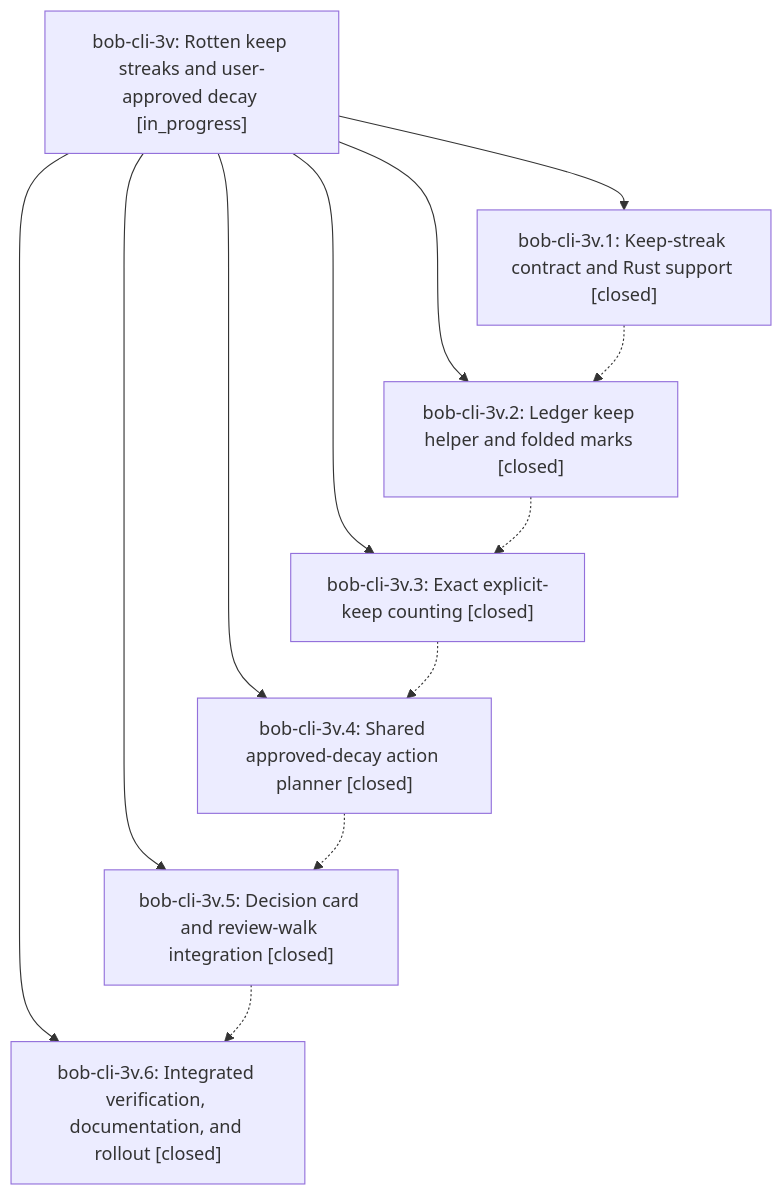
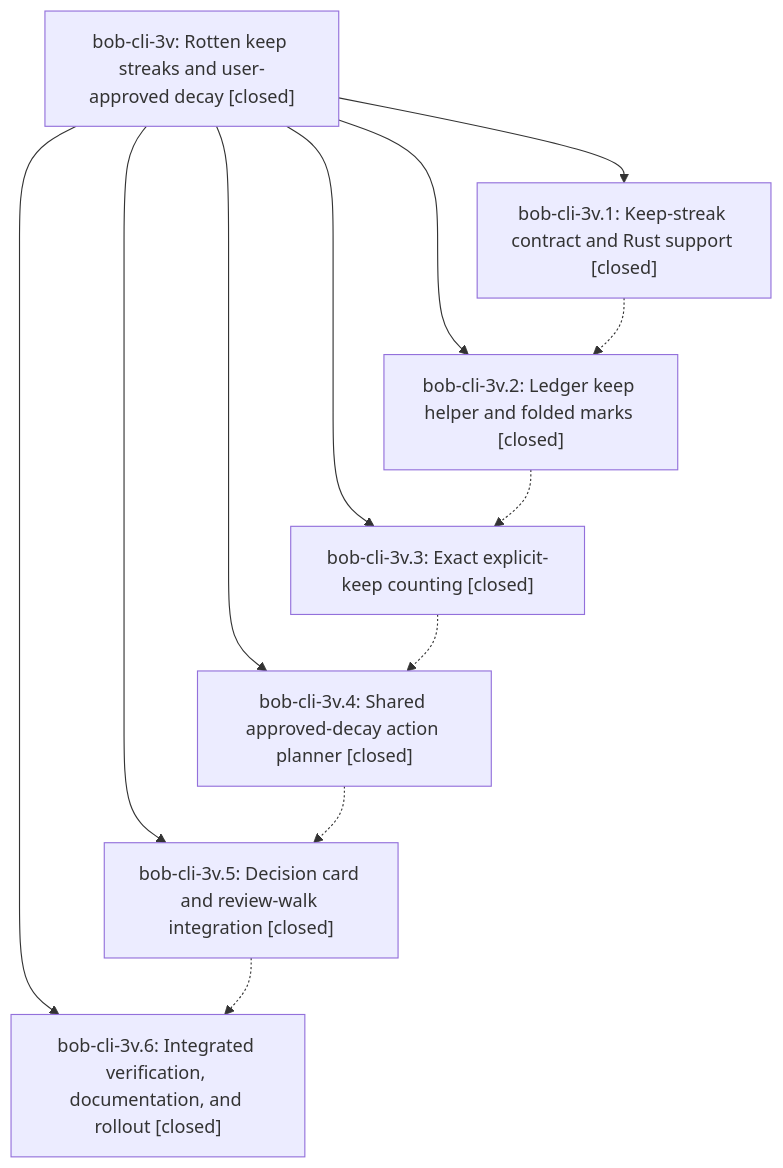
One commit to bobs-org/bob-cli--beads changed the diagram in pages/bob-cli-3v/README.md. Above: the diagram before and after it, drawn with Mermaid. The commit also changed other lines of this file, not shown here.

First line of the commit message:
chore(beads): sync bead state and pages for bob-cli-3v

````diff
--- a/pages/bob-cli-3v/README.md
+++ b/pages/bob-cli-3v/README.md
@@ -27,21 +33,21 @@
 ```mermaid
 flowchart TD
-    n0["bob-cli-3v: Rotten keep streaks and user-approved decay [in_progress]"]
+    n0["bob-cli-3v: Rotten keep streaks and user-approved decay [closed]"]
     n1["bob-cli-3v.1: Keep-streak contract and Rust support [closed]"]
     n2["bob-cli-3v.2: Ledger keep helper and folded marks [closed]"]
     n3["bob-cli-3v.3: Exact explicit-keep counting [closed]"]
     n4["bob-cli-3v.4: Shared approved-decay action planner [closed]"]
     n5["bob-cli-3v.5: Decision card and review-walk integration [closed]"]
     n6["bob-cli-3v.6: Integrated verification, documentation, and rollout [closed]"]
     n0 --> n1
     n0 --> n2
     n0 --> n3
     n0 --> n4
     n0 --> n5
     n0 --> n6
     n1 -.-> n2
     n2 -.-> n3
     n3 -.-> n4
     n4 -.-> n5
     n5 -.-> n6
 ```
````
